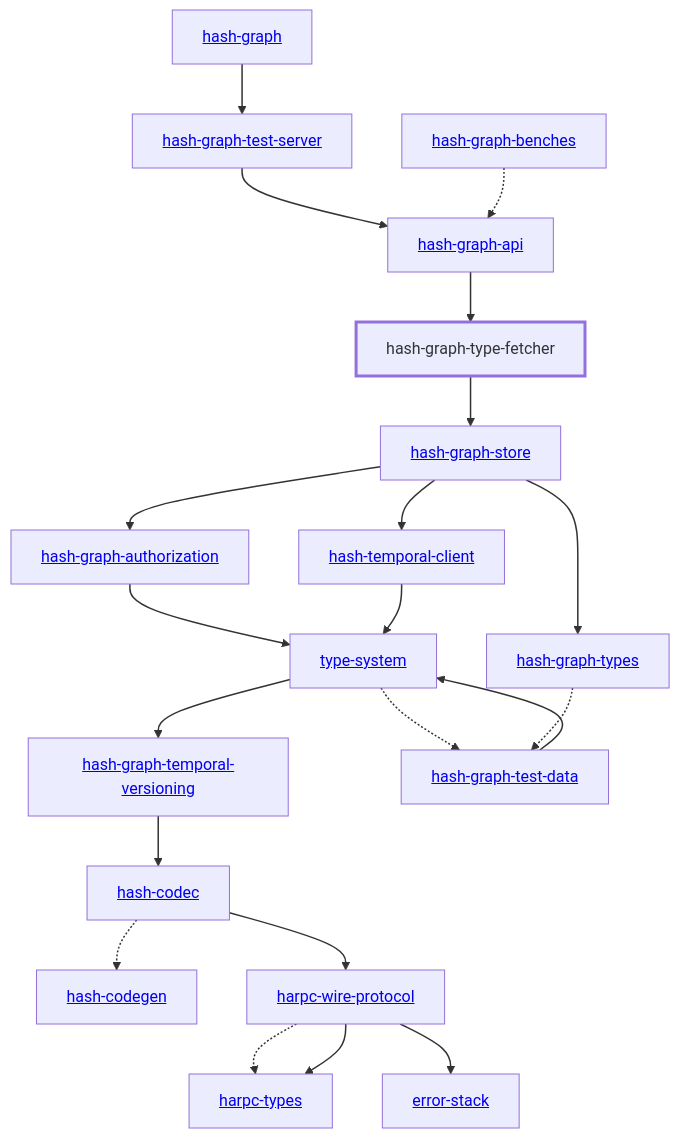
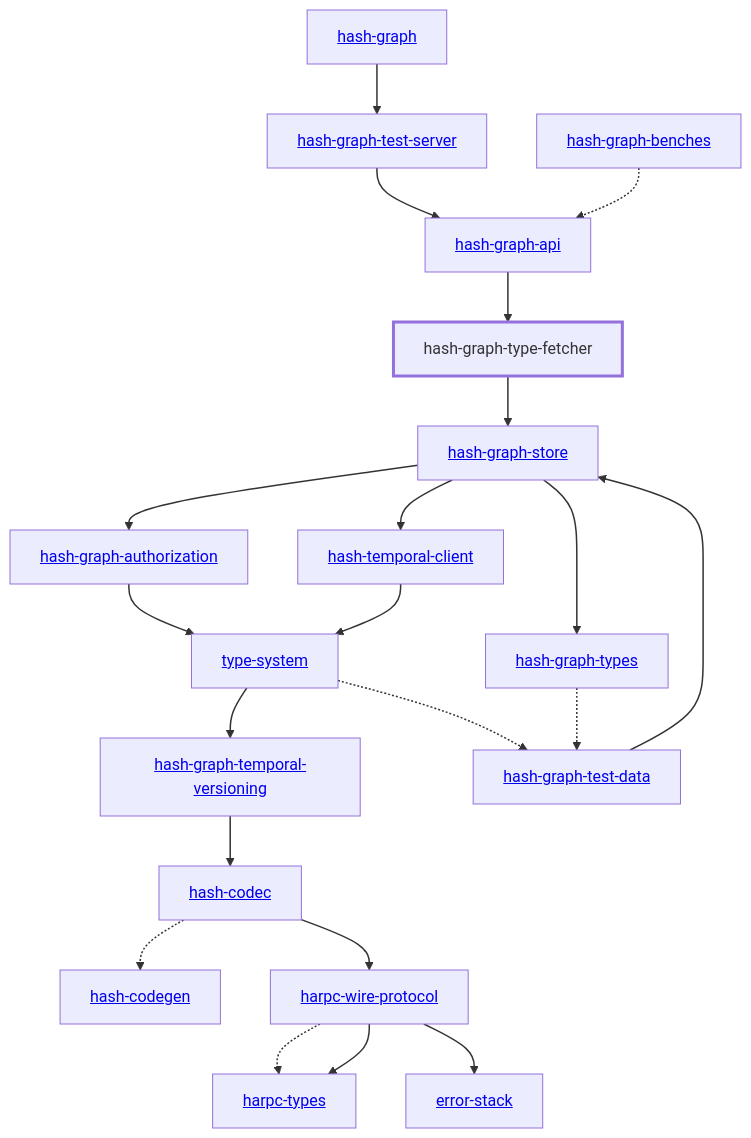
The diagram in libs/@local/graph/type-fetcher/docs/dependency-diagram.mmd (hashintel/hash), drawn with Mermaid before and after one commit. The commit also changed 41 other files, not shown here.

```diff
--- a/libs/@local/graph/type-fetcher/docs/dependency-diagram.mmd
+++ b/libs/@local/graph/type-fetcher/docs/dependency-diagram.mmd
@@ -1,48 +1,48 @@
 graph TD
     linkStyle default stroke-width:1.5px
     classDef default stroke-width:1px
     classDef root stroke-width:3px
     classDef dev stroke-width:1px
     classDef build stroke-width:1px
     %% Legend
     %% --> : Normal dependency
     %% -.-> : Dev dependency
     %% ---> : Build dependency
     0[<a href="../hash_graph/index.html">hash-graph</a>]
     1[<a href="../type_system/index.html">type-system</a>]
     2[<a href="../hash_codec/index.html">hash-codec</a>]
     3[<a href="../hash_codegen/index.html">hash-codegen</a>]
     4[<a href="../hash_graph_api/index.html">hash-graph-api</a>]
     5[<a href="../hash_graph_authorization/index.html">hash-graph-authorization</a>]
     6[<a href="../hash_graph_store/index.html">hash-graph-store</a>]
     7[<a href="../hash_graph_temporal_versioning/index.html">hash-graph-temporal-versioning</a>]
     8[<a href="../hash_graph_test_server/index.html">hash-graph-test-server</a>]
     9[hash-graph-type-fetcher]
     class 9 root
     10[<a href="../hash_graph_types/index.html">hash-graph-types</a>]
     11[<a href="../harpc_types/index.html">harpc-types</a>]
     12[<a href="../harpc_wire_protocol/index.html">harpc-wire-protocol</a>]
     13[<a href="../hash_temporal_client/index.html">hash-temporal-client</a>]
     14[<a href="../error_stack/index.html">error-stack</a>]
     15[<a href="../hash_graph_benches/index.html">hash-graph-benches</a>]
     16[<a href="../hash_graph_test_data/index.html">hash-graph-test-data</a>]
     0 --> 8
     1 --> 7
     1 -.-> 16
     2 -.-> 3
     2 --> 12
     4 --> 9
     5 --> 1
     6 --> 5
     6 --> 10
     6 --> 13
     7 --> 2
     8 --> 4
     9 --> 6
     10 -.-> 16
     12 -.-> 11
     12 --> 11
     12 --> 14
     13 --> 1
     15 -.-> 4
-    16 --> 1
+    16 --> 6
```
